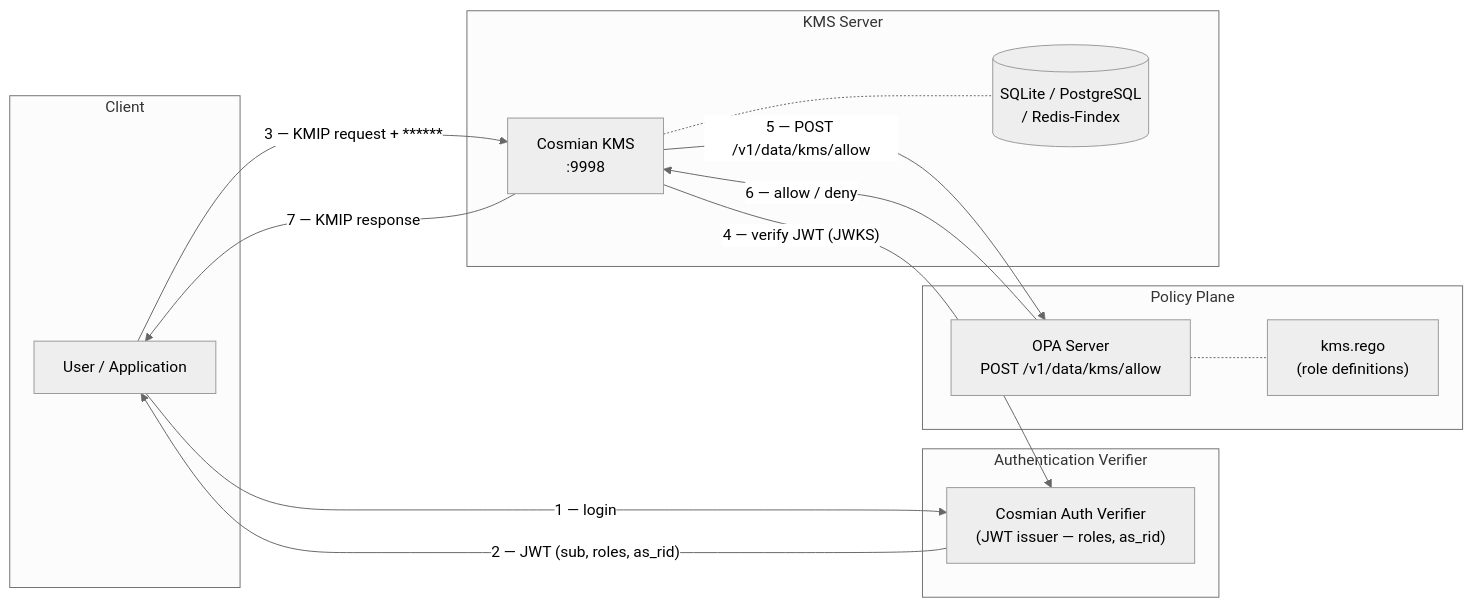
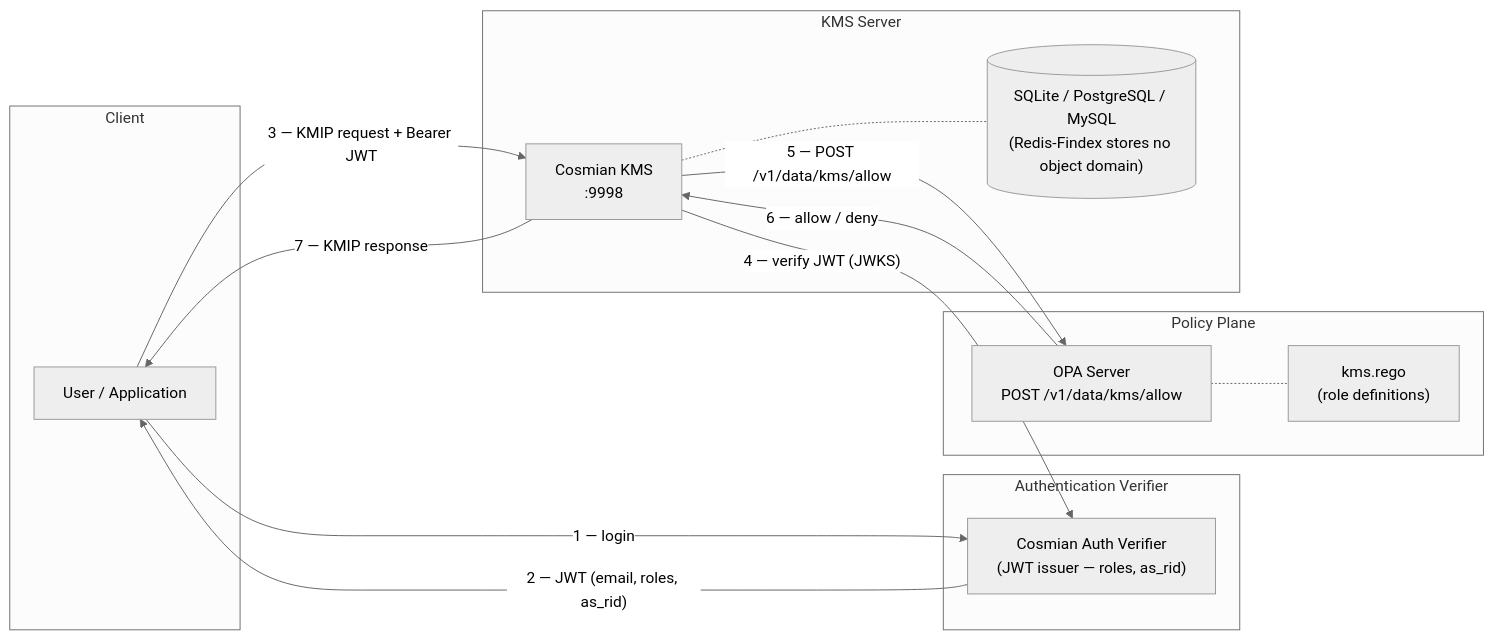
Before and after one commit to Cosmian/kms: the first of 3 diagrams in documentation/docs/configuration/authorization/mode3.md, drawn with Mermaid (neutral theme). The commit also changed other lines of this file and 12 other files, not shown here.

````diff
--- a/documentation/docs/configuration/authorization/mode3.md
+++ b/documentation/docs/configuration/authorization/mode3.md
@@ -34,30 +34,30 @@
 ```mermaid
 flowchart LR
     subgraph Client
         U["User / Application"]
     end
 
     subgraph AuthServer["Authentication Verifier"]
         IDP["Cosmian Auth Verifier<br/>(JWT issuer — roles, as_rid)"]
     end
 
     subgraph PolicyServer["Policy Plane"]
         OPA["OPA Server<br/>POST /v1/data/kms/allow"]
         Rego["kms.rego<br/>(role definitions)"]
         OPA -.- Rego
     end
 
     subgraph KMSServer["KMS Server"]
         KMS["Cosmian KMS<br/>:9998"]
-        DB[("SQLite / PostgreSQL<br/>/ Redis-Findex")]
+        DB[("SQLite / PostgreSQL / MySQL<br/>(Redis-Findex stores no object domain)")]
         KMS -.- DB
     end
 
     U -->|"1 — login"| IDP
-    IDP -->|"2 — JWT (sub, roles, as_rid)"| U
-    U -->|"3 — KMIP request + ******"| KMS
+    IDP -->|"2 — JWT (email, roles, as_rid)"| U
+    U -->|"3 — KMIP request + Bearer JWT"| KMS
     KMS -->|"4 — verify JWT (JWKS)"| IDP
     KMS -->|"5 — POST /v1/data/kms/allow"| OPA
     OPA -->|"6 — allow / deny"| KMS
     KMS -->|"7 — KMIP response"| U
 ```
````
